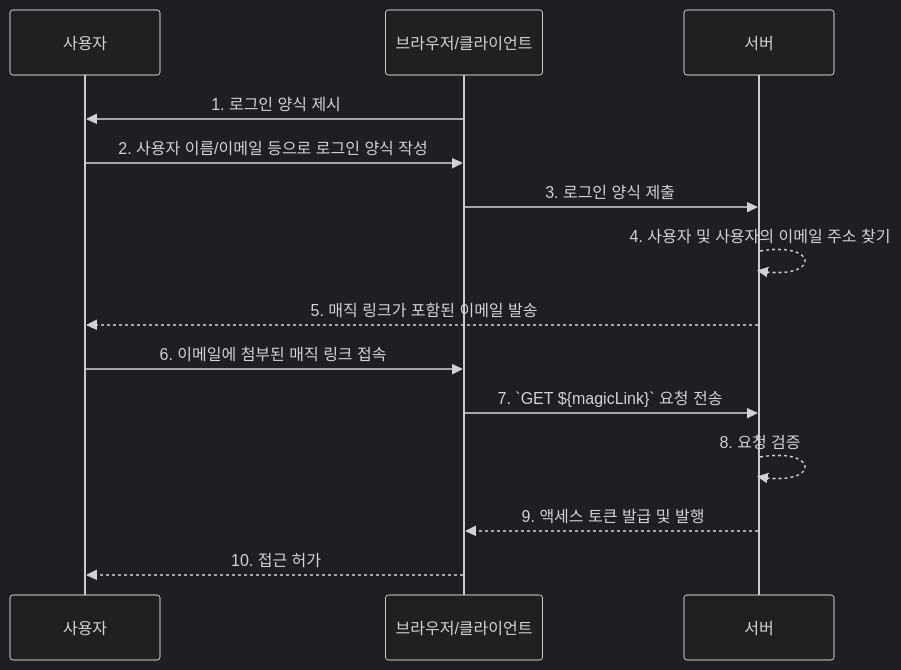
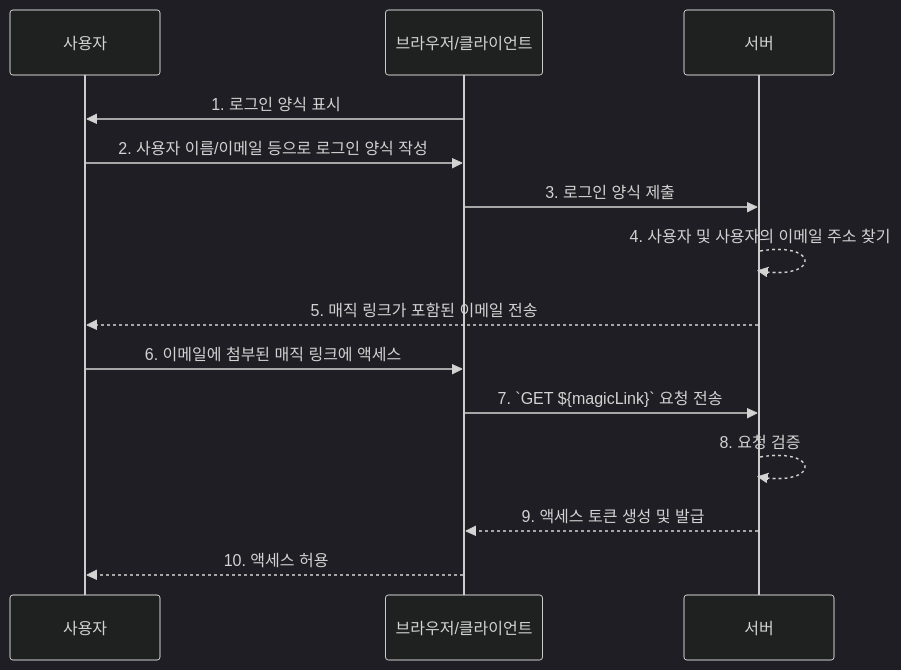
Before and after one commit to logto-io/auth-wiki: the diagram in src/content/terms/ko/magic-link.mdx, drawn with Mermaid (dark theme). The commit also changed other lines of this file and 98 other files, not shown here.

````diff
--- a/src/content/terms/ko/magic-link.mdx
+++ b/src/content/terms/ko/magic-link.mdx
@@ -31,16 +31,16 @@
 ```mermaid
 sequenceDiagram
     participant U as 사용자
     participant B as 브라우저/클라이언트
     participant S as 서버
-    B->>U: 1. 로그인 양식 제시
+    B->>U: 1. 로그인 양식 표시
     U->>B: 2. 사용자 이름/이메일 등으로 로그인 양식 작성
     B->>S: 3. 로그인 양식 제출
     S-->>S: 4. 사용자 및 사용자의 이메일 주소 찾기
-    S-->>U: 5. 매직 링크가 포함된 이메일 발송
-    U->>B: 6. 이메일에 첨부된 매직 링크 접속
+    S-->>U: 5. 매직 링크가 포함된 이메일 전송
+    U->>B: 6. 이메일에 첨부된 매직 링크에 액세스
     B->>S: 7. `GET ${magicLink}` 요청 전송
     S-->>S: 8. 요청 검증
-    S-->>B: 9. 액세스 토큰 발급 및 발행
-    B-->>U: 10. 접근 허가
+    S-->>B: 9. 액세스 토큰 생성 및 발급
+    B-->>U: 10. 액세스 허용
 ```
````
